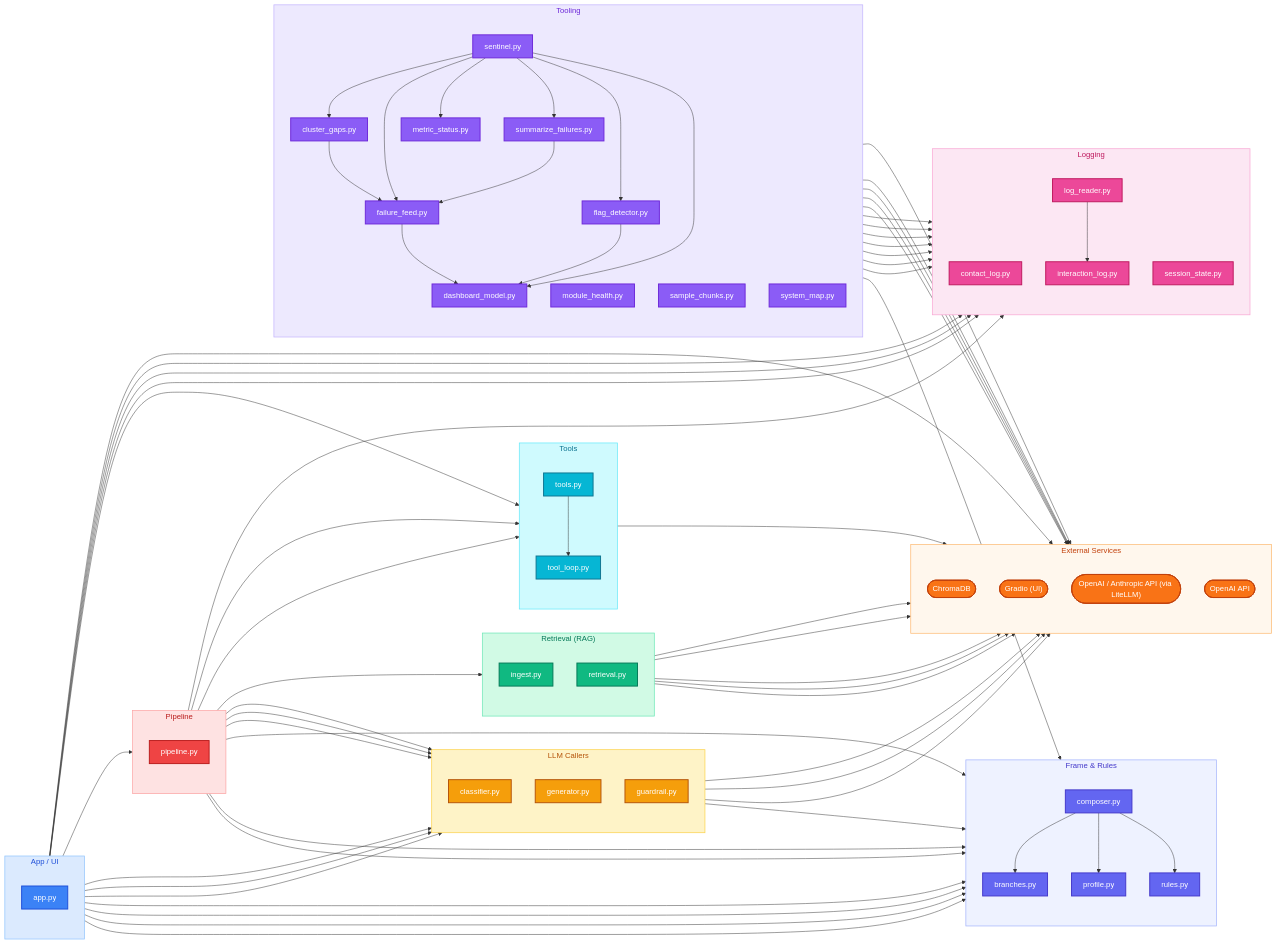
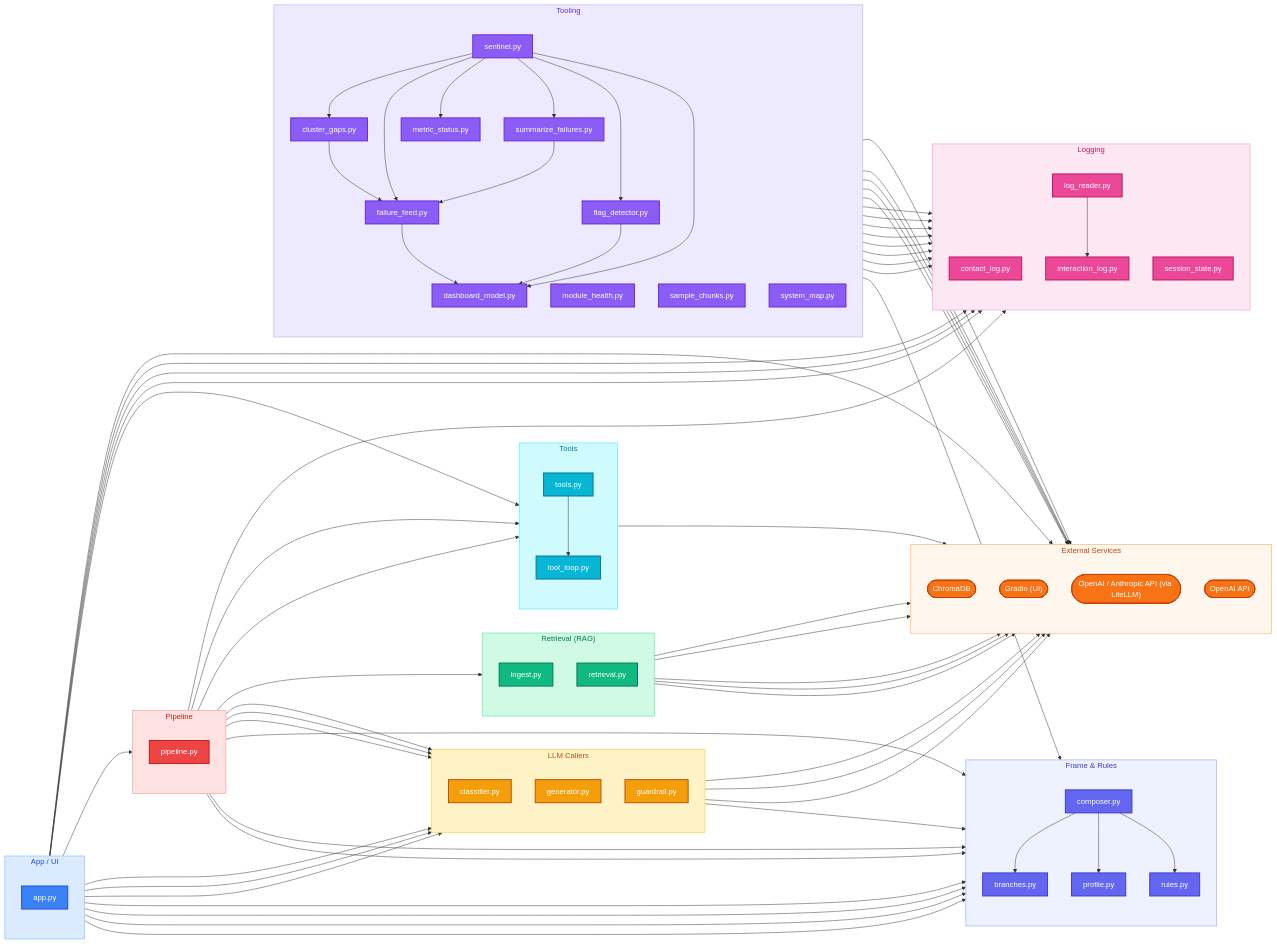
One commit to AlejandroFuentePinero/digital-twin changed the second of 2 diagrams in docs/MAP.md. Above: the diagram before and after it, drawn with Mermaid. The commit also changed 2 other files, not shown here.

Commit message:
docs: Session 39 closeout — DECISIONS, SENTINEL.md, MAP regenerated
- DECISIONS.md: Session 39 entry covering iterations 2-3 of the UX
  redesign + the 4 follow-up bug-fix bundles (latency HTML, chart
  titles, threshold caption colour, chart blur, per-mode failure
  colours, session-view focus, brighter section headers, 90d window,
  unused suffix column drop, chart DPI bump, per-flag clickable
  destination links, tool uptake threshold drop + tool_call_count).
  Documents the live numbers right now + the design choices behind
  each decision.

- SENTINEL.md:
  - tool_call_count documented in the Tool use block.
  - technical_tool_uptake_rate marked as demoted (orientation-only)
    with the LIMITATIONS::P8 follow-up reference.
  - mean_classification_confidence + mean_turns_per_session added to
    Routing / Engagement blocks respectively.
  - dropoff_by_turn marked as removed from the dashboard surface
    (replaced by mean_turns_per_session).
  - contact_conversion_rate caveat updated — now reads "resolved"
    with the cross-reference fix described.

- MAP.md / MAP.html regenerated.

Suite 402/402 still green.

```diff
--- a/docs/MAP.md
+++ b/docs/MAP.md
@@ -193,6 +193,7 @@
   sentinel --> branches
   sentinel --> cluster_gaps
   sentinel --> summarize_failures
+  sentinel --> contact_log
   sentinel --> dashboard_model
   sentinel --> flag_detector
   sentinel --> failure_feed
```
